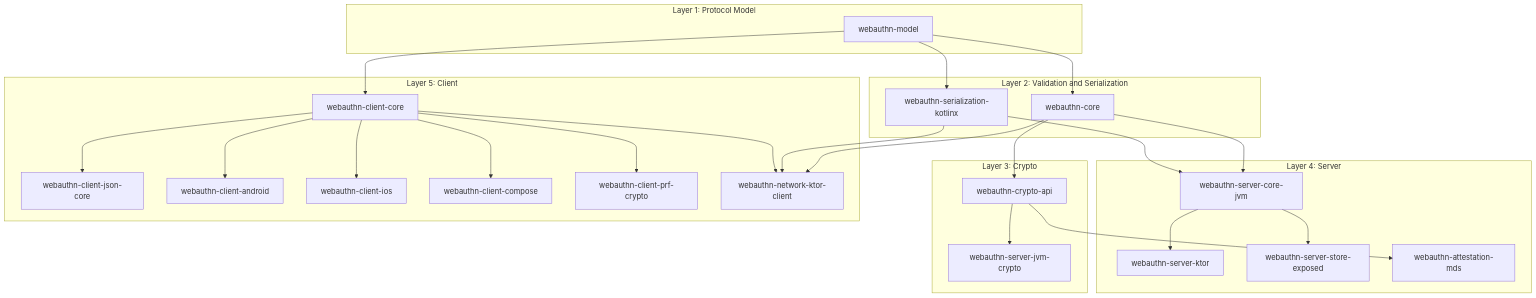
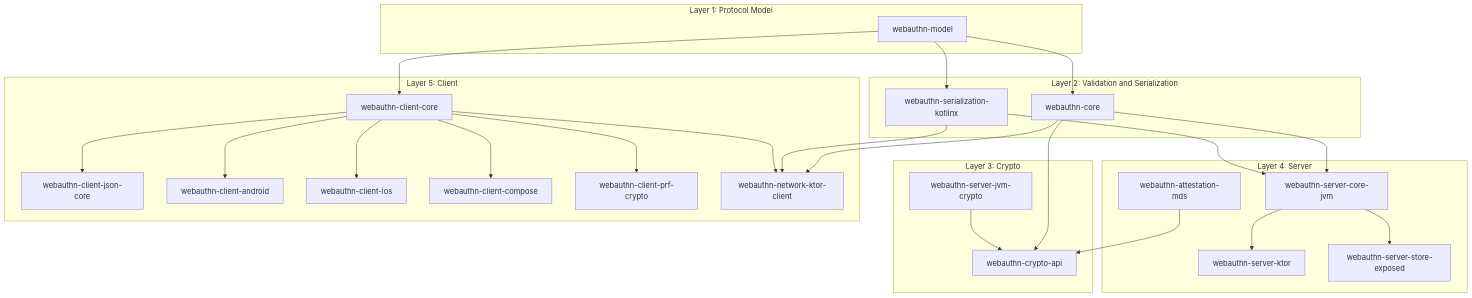
Before and after one commit to szijpeter/webauthn-kotlin-multiplatform: the diagram in docs/architecture.md, drawn with Mermaid. The commit also changed 17 other files, not shown here.

Commit message:
Harden docs diagrams and trace governance

````diff
--- a/docs/architecture.md
+++ b/docs/architecture.md
@@ -15,53 +15,53 @@
 ```mermaid
 flowchart TB
     subgraph L1[Layer 1: Protocol Model]
         MODEL[webauthn-model]
     end
 
     subgraph L2[Layer 2: Validation and Serialization]
         CORE[webauthn-core]
         SER[webauthn-serialization-kotlinx]
     end
 
     subgraph L3[Layer 3: Crypto]
         API[webauthn-crypto-api]
         JVMCRYPTO[webauthn-server-jvm-crypto]
     end
 
     subgraph L4[Layer 4: Server]
         SVC[webauthn-server-core-jvm]
         KTOR[webauthn-server-ktor]
         STORE[webauthn-server-store-exposed]
         MDS[webauthn-attestation-mds]
     end
 
     subgraph L5[Layer 5: Client]
         CCORE[webauthn-client-core]
         CJSON[webauthn-client-json-core]
         CANDROID[webauthn-client-android]
         CIOS[webauthn-client-ios]
         CCOMPOSE[webauthn-client-compose]
         CPRF[webauthn-client-prf-crypto]
         NET[webauthn-network-ktor-client]
     end
 
     MODEL --> CORE
     MODEL --> SER
     CORE --> API
-    API --> JVMCRYPTO
+    JVMCRYPTO --> API
     CORE --> SVC
     SER --> SVC
     SVC --> KTOR
     SVC --> STORE
-    API --> MDS
+    MDS --> API
 
     MODEL --> CCORE
     CCORE --> CJSON
     CCORE --> CANDROID
     CCORE --> CIOS
     CCORE --> CCOMPOSE
     CCORE --> CPRF
     CORE --> NET
     SER --> NET
     CCORE --> NET
 ```
````
